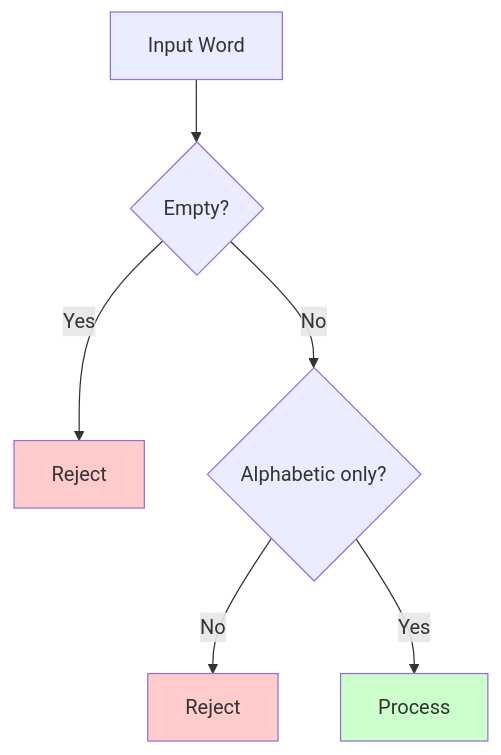
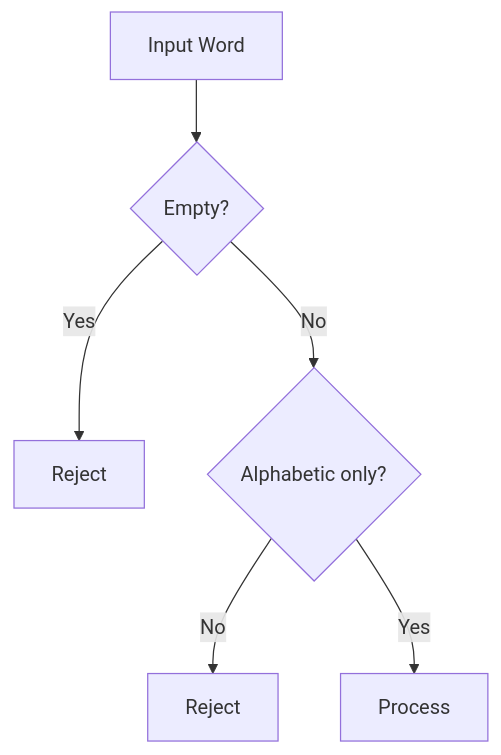
The ninth of 9 diagrams in docs/llm-pipelines.md (sapientpants/vocabext), drawn with Mermaid before and after one commit. The commit also changed other lines of this file, not shown here.

First line of the commit message:
docs: remove color blocks from Mermaid diagrams

````diff
--- a/docs/llm-pipelines.md
+++ b/docs/llm-pipelines.md
@@ -368,12 +343,8 @@
 ```mermaid
 flowchart TD
     A[Input Word] --> B{Empty?}
     B -->|Yes| C[Reject]
     B -->|No| D{Alphabetic only?}
     D -->|No| E[Reject]
     D -->|Yes| F[Process]
-
-    style C fill:#ffcccc
-    style E fill:#ffcccc
-    style F fill:#ccffcc
 ```
````
